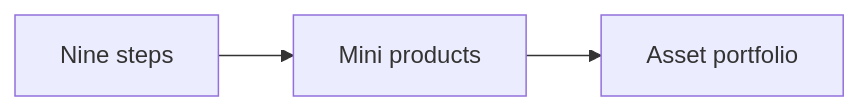
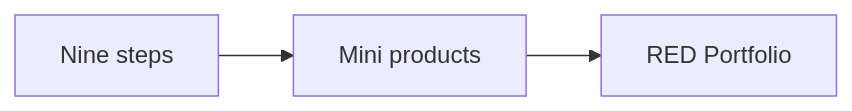
Before and after one commit to redrhino-online/red-canon: the seventh of 8 diagrams in docs/method/develop-audience.md, drawn with Mermaid. The commit also changed other lines of this file and 5 other files, not shown here.

Commit message:
docs: brand the RED Portfolio and note client use license

````diff
--- a/docs/method/develop-audience.md
+++ b/docs/method/develop-audience.md
@@ -90,4 +90,4 @@
 ```mermaid
 flowchart LR
-    A[Nine steps] --> B[Mini products] --> C[Asset portfolio]
+    A[Nine steps] --> B[Mini products] --> C[RED Portfolio]
 ```
````
